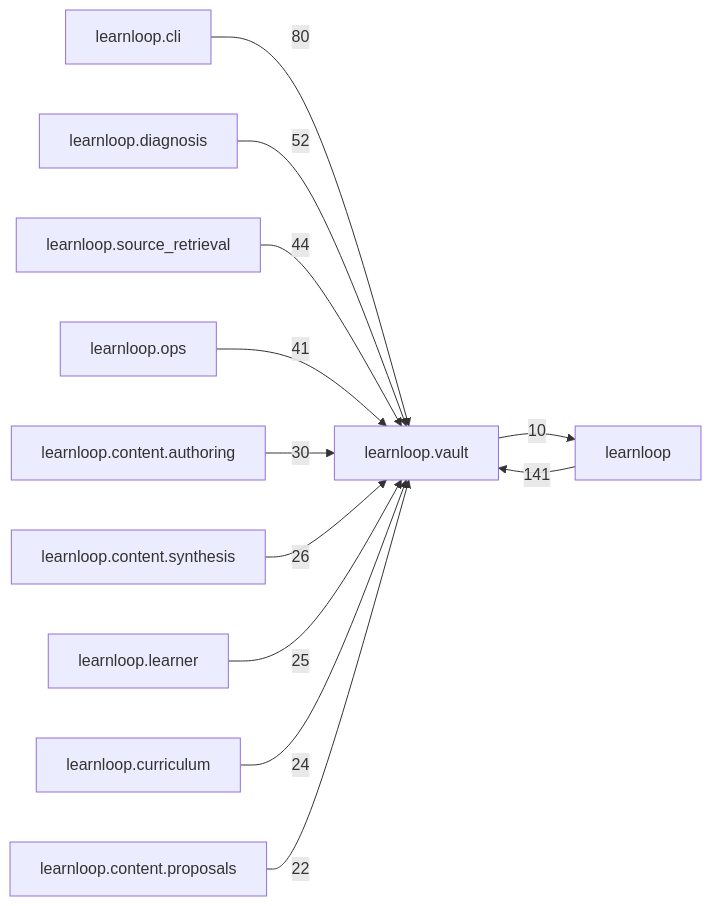
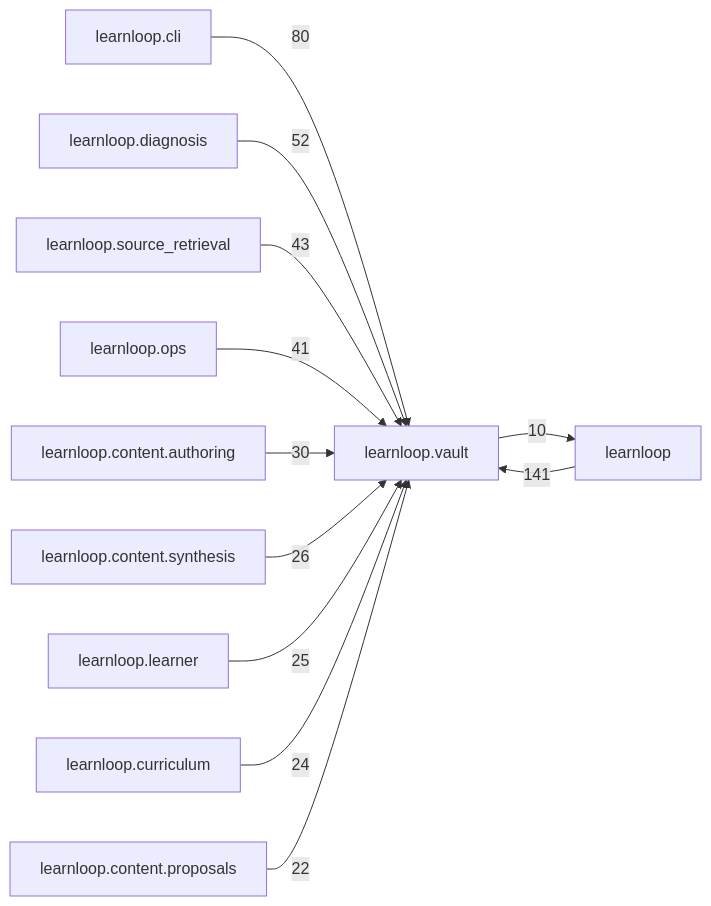
The diagram in docs/learnloop-architecture-vault/Reference/Modules/learnloop/vault/_package.md (6up-b/learnanything), drawn with Mermaid before and after one commit. The commit also changed other lines of this file and 181 other files, not shown here.

````diff
--- a/docs/learnloop-architecture-vault/Reference/Modules/learnloop/vault/_package.md
+++ b/docs/learnloop-architecture-vault/Reference/Modules/learnloop/vault/_package.md
@@ -137,25 +137,25 @@
 ```mermaid
 flowchart LR
     center["learnloop.vault"]
     n_learnloop["learnloop"]
     n_learnloop_cli["learnloop.cli"]
     n_learnloop_diagnosis["learnloop.diagnosis"]
     n_learnloop_source_retrieval["learnloop.source_retrieval"]
     n_learnloop_ops["learnloop.ops"]
     n_learnloop_content_authoring["learnloop.content.authoring"]
     n_learnloop_content_synthesis["learnloop.content.synthesis"]
     n_learnloop_learner["learnloop.learner"]
     n_learnloop_curriculum["learnloop.curriculum"]
     n_learnloop_content_proposals["learnloop.content.proposals"]
     n_learnloop -->|141| center
     center -->|10| n_learnloop
     n_learnloop_cli -->|80| center
     n_learnloop_diagnosis -->|52| center
-    n_learnloop_source_retrieval -->|44| center
+    n_learnloop_source_retrieval -->|43| center
     n_learnloop_ops -->|41| center
     n_learnloop_content_authoring -->|30| center
     n_learnloop_content_synthesis -->|26| center
     n_learnloop_learner -->|25| center
     n_learnloop_curriculum -->|24| center
     n_learnloop_content_proposals -->|22| center
 ```
````
